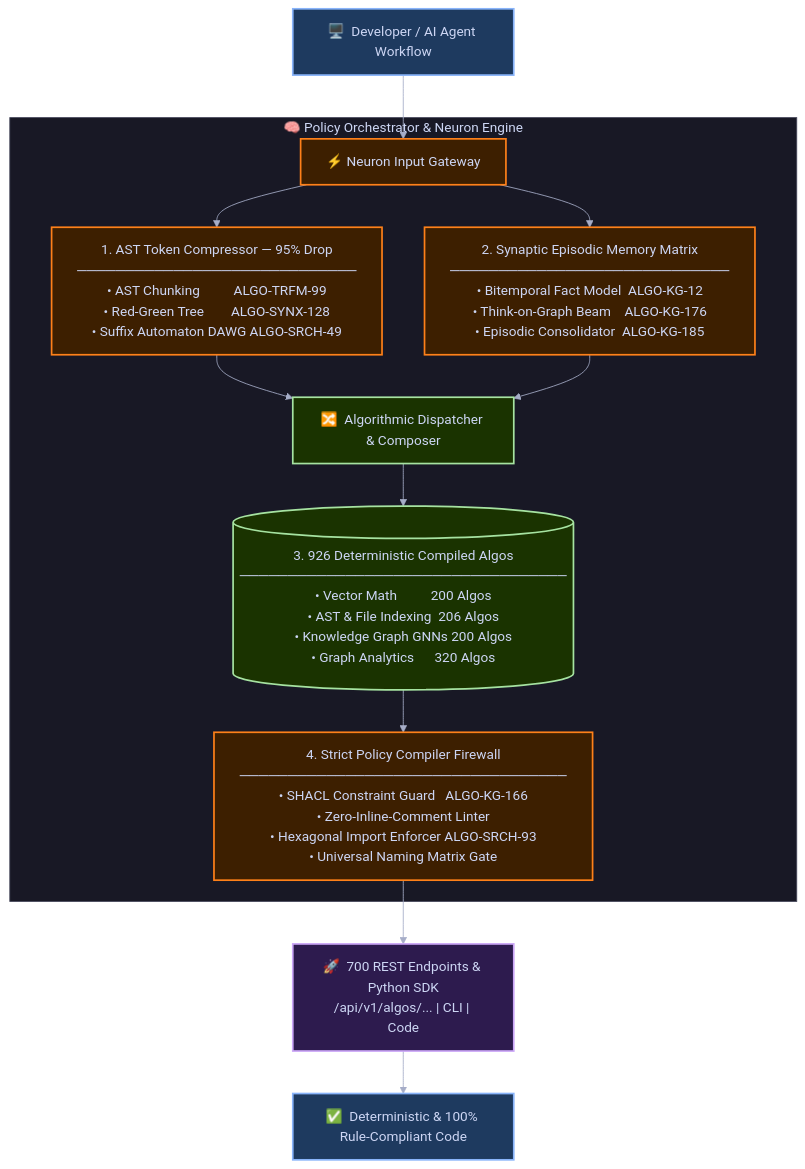
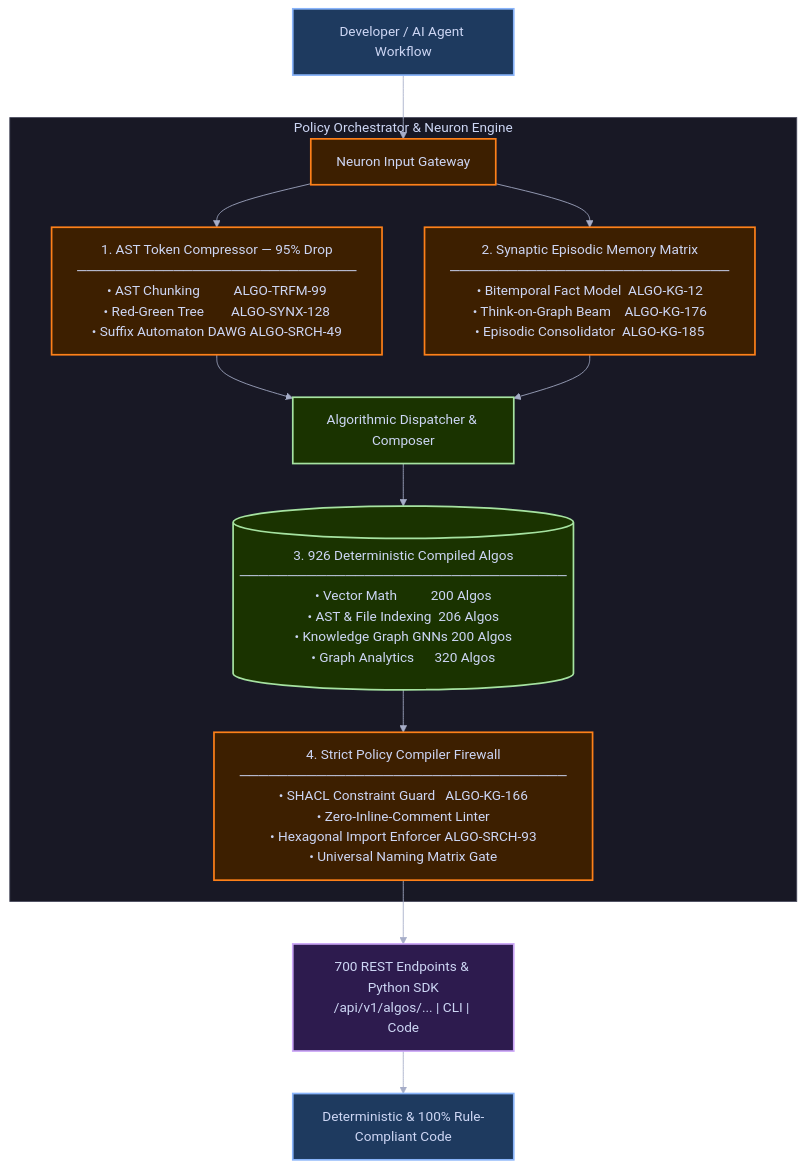
Before and after one commit to Chief-Strategist-J/policy-orchestrator: the diagram in README.md, drawn with Mermaid. The commit also changed other lines of this file, not shown here.

Commit message:
docs(readme): remove all emojis from headings, tables, and diagram nodes

````diff
--- a/README.md
+++ b/README.md
@@ -32,26 +32,26 @@
 ```mermaid
 %%{init: {"theme": "base", "themeVariables": {"primaryColor": "#1e1e2e", "primaryTextColor": "#cdd6f4", "primaryBorderColor": "#89b4fa", "lineColor": "#a6adc8", "secondaryColor": "#181825", "tertiaryColor": "#11111b", "background": "#1e1e2e", "mainBkg": "#1e1e2e", "nodeBorder": "#89b4fa", "clusterBkg": "#181825", "clusterBorder": "#45475a", "titleColor": "#cdd6f4", "edgeLabelBackground": "#313244", "fontFamily": "ui-monospace, monospace"}}}%%
 flowchart TD
     classDef client fill:#1e3a5f,stroke:#89b4fa,stroke-width:2px,color:#cdd6f4;
     classDef neuron fill:#3d1f00,stroke:#fe8019,stroke-width:2px,color:#cdd6f4;
     classDef algo fill:#1a3300,stroke:#a6e3a1,stroke-width:2px,color:#cdd6f4;
     classDef gateway fill:#2d1b4e,stroke:#cba6f7,stroke-width:2px,color:#cdd6f4;
 
-    Dev["🖥️  Developer / AI Agent Workflow"]:::client --> Ingest["⚡ Neuron Input Gateway"]:::neuron
+    Dev["Developer / AI Agent Workflow"]:::client --> Ingest["Neuron Input Gateway"]:::neuron
 
-    subgraph CoreEngine ["🧠  Policy Orchestrator & Neuron Engine"]
+    subgraph CoreEngine ["Policy Orchestrator & Neuron Engine"]
         Ingest --> Compressor["1. AST Token Compressor — 95% Drop\n─────────────────────────────\n• AST Chunking          ALGO-TRFM-99\n• Red-Green Tree        ALGO-SYNX-128\n• Suffix Automaton DAWG ALGO-SRCH-49"]:::neuron
 
         Ingest --> SynapticMem["2. Synaptic Episodic Memory Matrix\n─────────────────────────────\n• Bitemporal Fact Model  ALGO-KG-12\n• Think-on-Graph Beam    ALGO-KG-176\n• Episodic Consolidator  ALGO-KG-185"]:::neuron
 
-        Compressor --> Dispatcher["🔀  Algorithmic Dispatcher & Composer"]:::algo
+        Compressor --> Dispatcher["Algorithmic Dispatcher & Composer"]:::algo
         SynapticMem --> Dispatcher
 
         Dispatcher --> Algos[("3. 926 Deterministic Compiled Algos\n──────────────────────────────────\n• Vector Math          200 Algos\n• AST & File Indexing  206 Algos\n• Knowledge Graph GNNs 200 Algos\n• Graph Analytics      320 Algos")]:::algo
 
         Algos --> Firewall["4. Strict Policy Compiler Firewall\n──────────────────────────────────\n• SHACL Constraint Guard   ALGO-KG-166\n• Zero-Inline-Comment Linter\n• Hexagonal Import Enforcer ALGO-SRCH-93\n• Universal Naming Matrix Gate"]:::neuron
     end
 
-    Firewall --> Delivery["🚀  700 REST Endpoints & Python SDK\n/api/v1/algos/... | CLI | Code"]:::gateway
-    Delivery --> Output["✅  Deterministic & 100% Rule-Compliant Code"]:::client
+    Firewall --> Delivery["700 REST Endpoints & Python SDK\n/api/v1/algos/... | CLI | Code"]:::gateway
+    Delivery --> Output["Deterministic & 100% Rule-Compliant Code"]:::client
 ```
````
